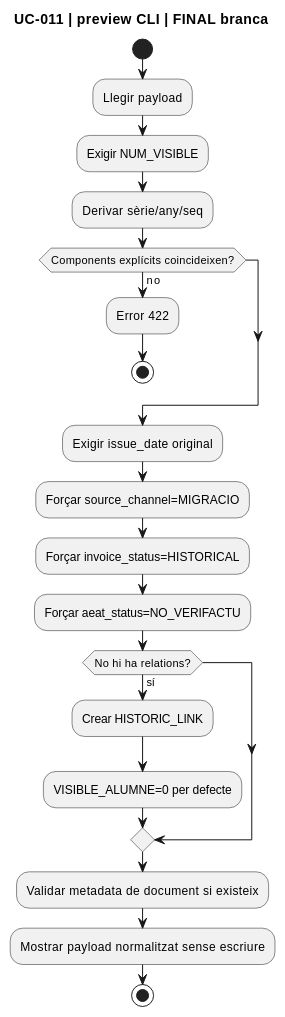
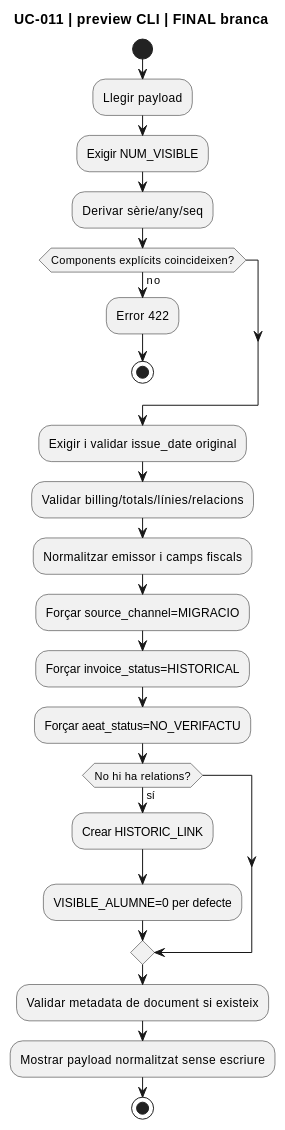
Before and after one commit to orgmeriemprismacat-del/verifactu: the second of 7 diagrams in documentacio/07-uml-integrat/uc-011-activitats-actual-final.md, drawn with PlantUML. The commit also changed other lines of this file, not shown here.

```diff
--- a/documentacio/07-uml-integrat/uc-011-activitats-actual-final.md
+++ b/documentacio/07-uml-integrat/uc-011-activitats-actual-final.md
@@ -35,24 +35,26 @@
 ~~~plantuml
 @startuml
 title UC-011 | preview CLI | FINAL branca
 start
 :Llegir payload;
 :Exigir NUM_VISIBLE;
 :Derivar sèrie/any/seq;
 if (Components explícits coincideixen?) then (no)
   :Error 422;
   stop
 endif
-:Exigir issue_date original;
+:Exigir i validar issue_date original;
+:Validar billing/totals/línies/relacions;
+:Normalitzar emissor i camps fiscals;
 :Forçar source_channel=MIGRACIO;
 :Forçar invoice_status=HISTORICAL;
 :Forçar aeat_status=NO_VERIFACTU;
 if (No hi ha relations?) then (sí)
   :Crear HISTORIC_LINK;
   :VISIBLE_ALUMNE=0 per defecte;
 endif
 :Validar metadata de document si existeix;
 :Mostrar payload normalitzat sense escriure;
 stop
 @enduml
 ~~~
```
